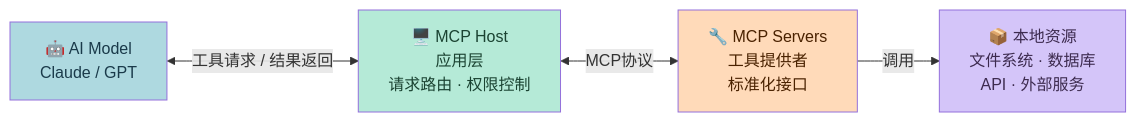
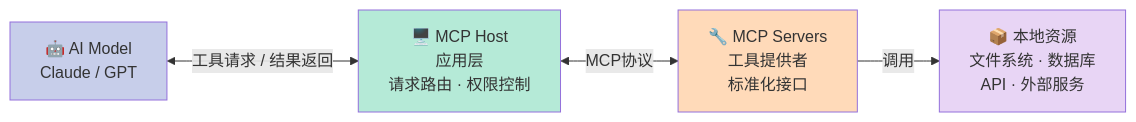
One commit to xuqi2024/xuqi2024.github.io changed the fifth of 5 diagrams in source/_posts/2026-04-14-ai-agent-principles-and-practice.md. Above: the diagram before and after it, drawn with Mermaid. The commit also changed other lines of this file and 23 other files, not shown here.

````diff
--- a/source/_posts/2026-04-14-ai-agent-principles-and-practice.md
+++ b/source/_posts/2026-04-14-ai-agent-principles-and-practice.md
@@ -1134,16 +1135,16 @@
 ```mermaid
 graph LR
     AI["🤖 AI Model<br/>Claude / GPT"]
     MH["🖥️ MCP Host<br/>应用层<br/>请求路由 · 权限控制"]
     MS["🔧 MCP Servers<br/>工具提供者<br/>标准化接口"]
     LR["📦 本地资源<br/>文件系统 · 数据库<br/>API · 外部服务"]
 
     AI <-->|"工具请求 / 结果返回"| MH
     MH <-->|"MCP协议"| MS
     MS -->|"调用"| LR
 
-    style AI fill:#AED9E0,color:#1A3A4A
-    style MH fill:#B5EAD7,color:#1B4332
-    style MS fill:#FFDAB9,color:#4A2200
-    style LR fill:#D4C5F9,color:#3D2B4F
+    style AI fill:#C7CEEA,color:#333
+    style MH fill:#B5EAD7,color:#333
+    style MS fill:#FFDAB9,color:#333
+    style LR fill:#E8D5F5,color:#333
 ```
````
